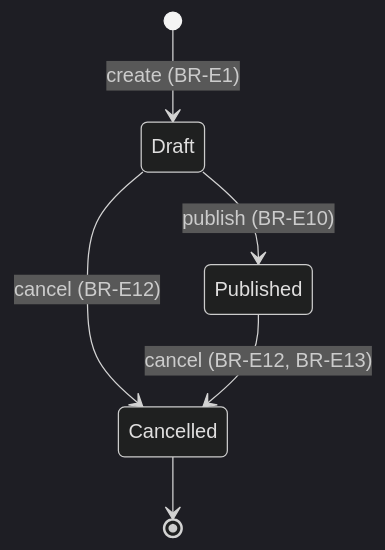
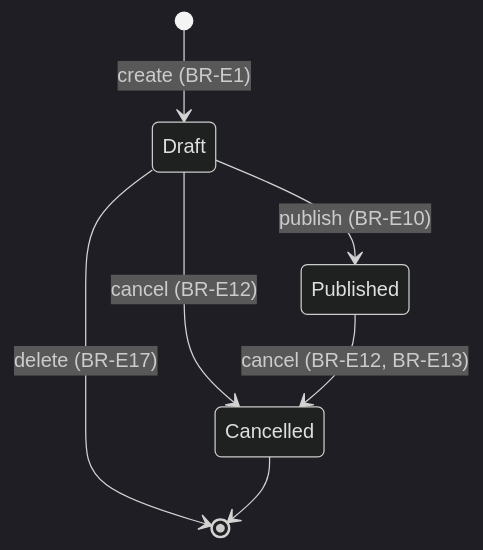
The first of 2 diagrams in docs/design/business-rules.md (Leonelmarianog/event-booking-system), drawn with Mermaid (dark theme) before and after one commit. The commit also changed other lines of this file and 1 other file, not shown here.

Commit message:
docs: add rules for draft deletion and account deletion

````diff
--- a/docs/design/business-rules.md
+++ b/docs/design/business-rules.md
@@ -79,8 +90,9 @@
 ```mermaid
 stateDiagram-v2
     [*] --> Draft: create (BR-E1)
     Draft --> Published: publish (BR-E10)
     Draft --> Cancelled: cancel (BR-E12)
+    Draft --> [*]: delete (BR-E17)
     Published --> Cancelled: cancel (BR-E12, BR-E13)
     Cancelled --> [*]
 ```
````
